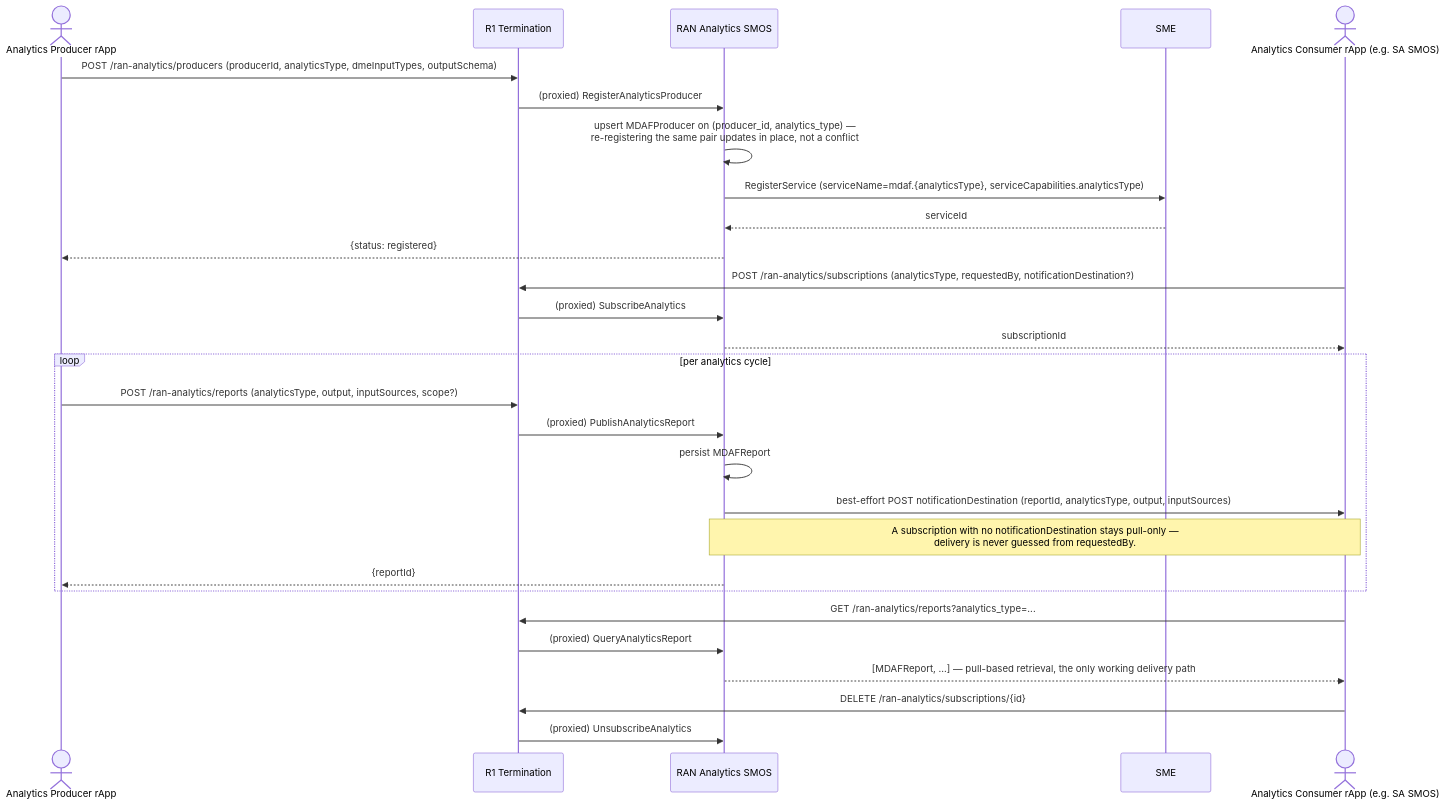
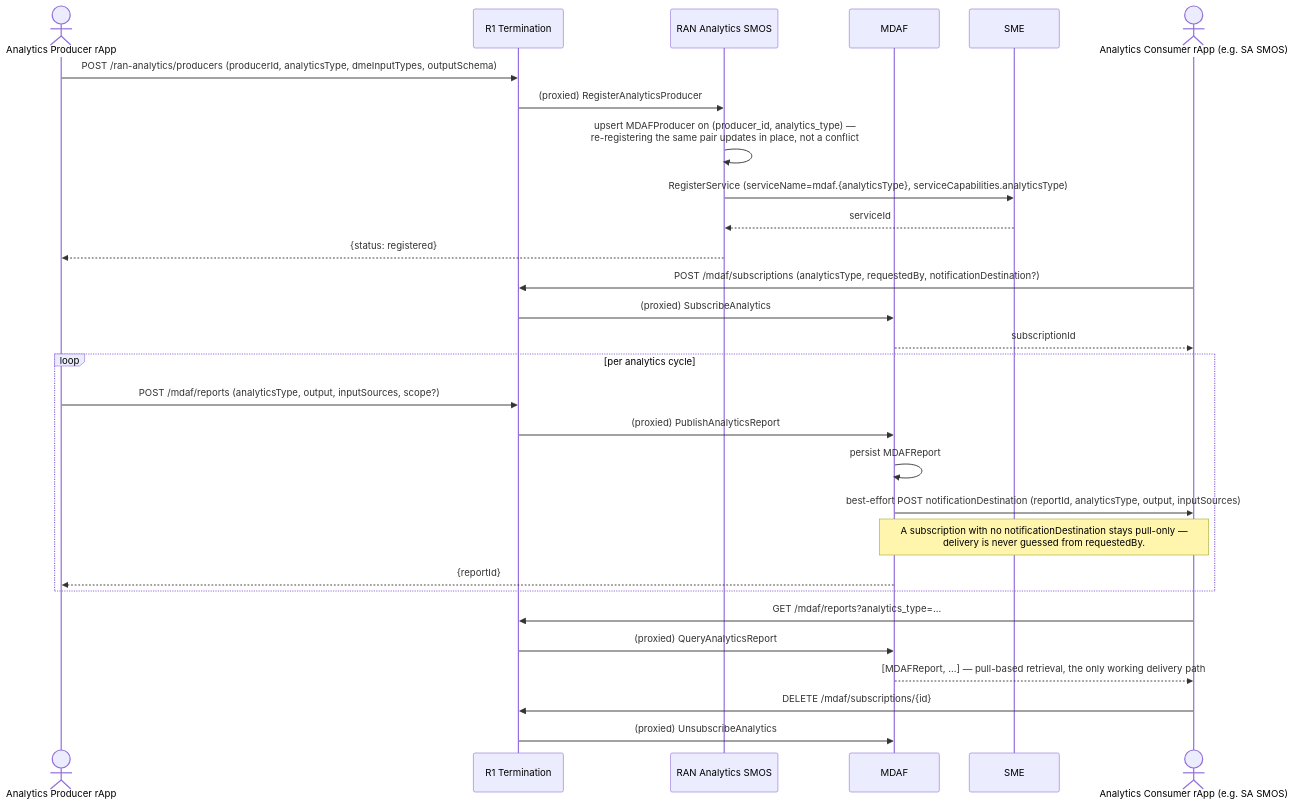
The diagram in smo/docs/call-flows/08-ran-analytics-data-production.md (rsys-bshankar/ai-ran-ref), drawn with Mermaid before and after one commit. The commit also changed other lines of this file and 30 other files, not shown here.

First line of the commit message:
Wave 1: split mdaf out of ran-analytics (#102)

````diff
--- a/smo/docs/call-flows/08-ran-analytics-data-production.md
+++ b/smo/docs/call-flows/08-ran-analytics-data-production.md
@@ -8,35 +17,36 @@
 ```mermaid
 sequenceDiagram
     actor Producer as Analytics Producer rApp
     participant R1 as R1 Termination
     participant RanA as RAN Analytics SMOS
+    participant MDAF as MDAF
     participant SME as SME
     actor Consumer as Analytics Consumer rApp (e.g. SA SMOS)
 
     Producer->>R1: POST /ran-analytics/producers (producerId, analyticsType, dmeInputTypes, outputSchema)
     R1->>RanA: (proxied) RegisterAnalyticsProducer
     RanA->>RanA: upsert MDAFProducer on (producer_id, analytics_type) —<br/>re-registering the same pair updates in place, not a conflict
     RanA->>SME: RegisterService (serviceName=mdaf.{analyticsType}, serviceCapabilities.analyticsType)
     SME-->>RanA: serviceId
     RanA-->>Producer: {status: registered}
 
-    Consumer->>R1: POST /ran-analytics/subscriptions (analyticsType, requestedBy, notificationDestination?)
-    R1->>RanA: (proxied) SubscribeAnalytics
-    RanA-->>Consumer: subscriptionId
+    Consumer->>R1: POST /mdaf/subscriptions (analyticsType, requestedBy, notificationDestination?)
+    R1->>MDAF: (proxied) SubscribeAnalytics
+    MDAF-->>Consumer: subscriptionId
 
     loop per analytics cycle
-        Producer->>R1: POST /ran-analytics/reports (analyticsType, output, inputSources, scope?)
-        R1->>RanA: (proxied) PublishAnalyticsReport
-        RanA->>RanA: persist MDAFReport
-        RanA->>Consumer: best-effort POST notificationDestination (reportId, analyticsType, output, inputSources)
-        Note over RanA,Consumer: A subscription with no notificationDestination stays pull-only —<br/>delivery is never guessed from requestedBy.
-        RanA-->>Producer: {reportId}
+        Producer->>R1: POST /mdaf/reports (analyticsType, output, inputSources, scope?)
+        R1->>MDAF: (proxied) PublishAnalyticsReport
+        MDAF->>MDAF: persist MDAFReport
+        MDAF->>Consumer: best-effort POST notificationDestination (reportId, analyticsType, output, inputSources)
+        Note over MDAF,Consumer: A subscription with no notificationDestination stays pull-only —<br/>delivery is never guessed from requestedBy.
+        MDAF-->>Producer: {reportId}
     end
 
-    Consumer->>R1: GET /ran-analytics/reports?analytics_type=...
-    R1->>RanA: (proxied) QueryAnalyticsReport
-    RanA-->>Consumer: [MDAFReport, ...] — pull-based retrieval, the only working delivery path
+    Consumer->>R1: GET /mdaf/reports?analytics_type=...
+    R1->>MDAF: (proxied) QueryAnalyticsReport
+    MDAF-->>Consumer: [MDAFReport, ...] — pull-based retrieval, the only working delivery path
 
-    Consumer->>R1: DELETE /ran-analytics/subscriptions/{id}
-    R1->>RanA: (proxied) UnsubscribeAnalytics
+    Consumer->>R1: DELETE /mdaf/subscriptions/{id}
+    R1->>MDAF: (proxied) UnsubscribeAnalytics
 ```
````
